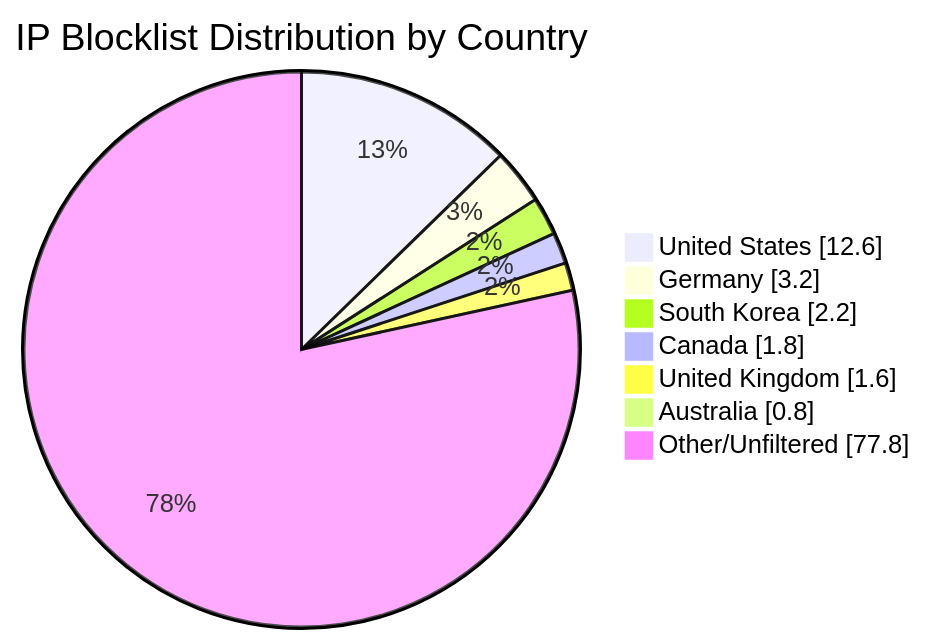
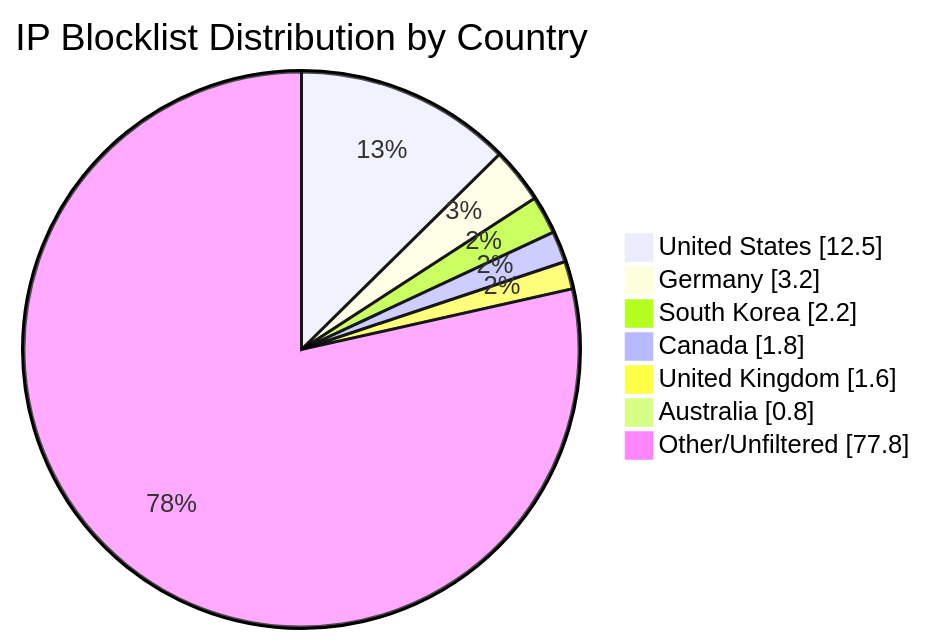
One commit to MarcusHoltz/ipblocklist-geofiltered-aggregator changed the diagram in README.md. Above: the diagram before and after it, drawn with Mermaid. The commit also changed other lines of this file and 9 other files, not shown here.

````diff
--- a/README.md
+++ b/README.md
@@ -34,10 +34,10 @@
 ```mermaid
 pie showData title IP Blocklist Distribution by Country
-"United States" : 12.6
+"United States" : 12.5
 "Germany" : 3.2
 "South Korea" : 2.2
 "Canada" : 1.8
 "United Kingdom" : 1.6
 "Australia" : 0.8
 "Other/Unfiltered" : 77.8
 ```
````
